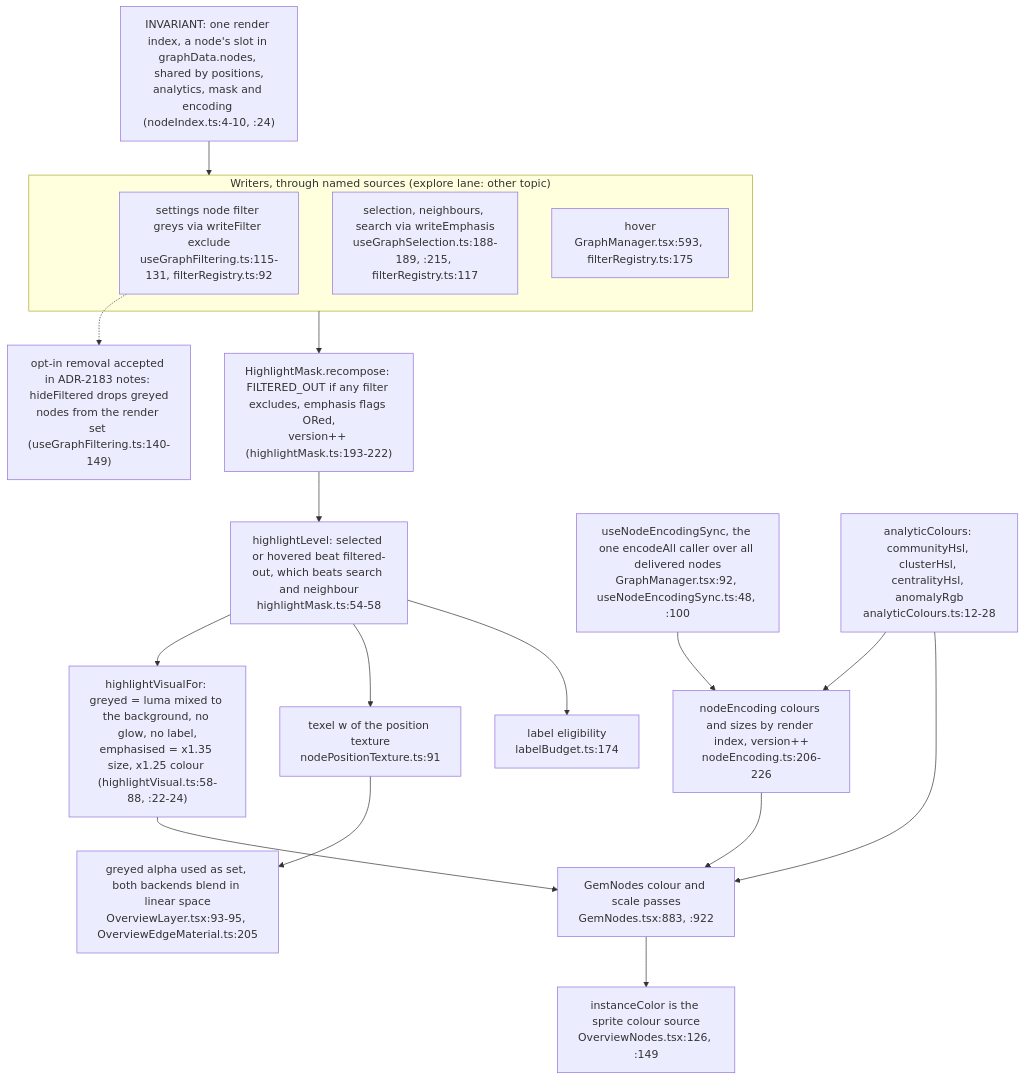
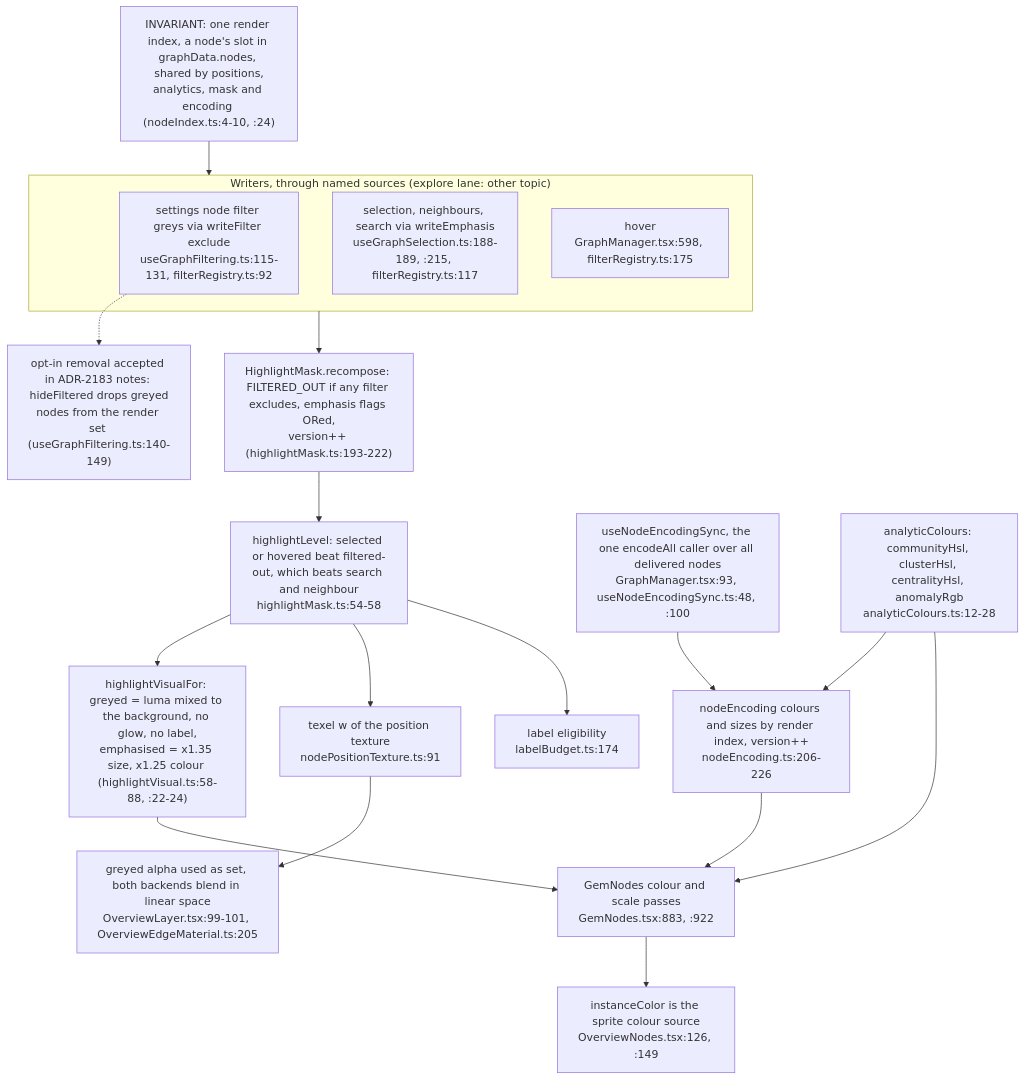
One commit to DreamLab-AI/VisionFlow changed diagram 13 of 15 in docs/diagrams/visionclaw/31-client-graph-render-pipeline.md. Above: the diagram before and after it, drawn with Mermaid. The commit also changed other lines of this file and 7 other files, not shown here.

First line of the commit message:
diagrams(visionclaw): re-verify VC-25..28 and VC-30..33 at visionclaw 4900ec60b, agentbox 59b1aca1c

````diff
--- a/docs/diagrams/visionclaw/31-client-graph-render-pipeline.md
+++ b/docs/diagrams/visionclaw/31-client-graph-render-pipeline.md
@@ -716,23 +716,23 @@
 ```mermaid
 flowchart TB
     IDX["INVARIANT: one render index, a node's slot in graphData.nodes, shared by positions,<br/>analytics, mask and encoding (nodeIndex.ts:4-10, :24)"]
     subgraph W["Writers, through named sources (explore lane: other topic)"]
         WF["settings node filter greys via writeFilter exclude<br/>useGraphFiltering.ts:115-131, filterRegistry.ts:92"]
         WS["selection, neighbours, search via writeEmphasis<br/>useGraphSelection.ts:188-189, :215, filterRegistry.ts:117"]
-        WH["hover<br/>GraphManager.tsx:593, filterRegistry.ts:175"]
+        WH["hover<br/>GraphManager.tsx:598, filterRegistry.ts:175"]
     end
     IDX --> W
     W --> REC["HighlightMask.recompose: FILTERED_OUT if any filter excludes, emphasis flags ORed,<br/>version++ (highlightMask.ts:193-222)"]
     REC --> LVL["highlightLevel: selected or hovered beat filtered-out, which beats search and neighbour<br/>highlightMask.ts:54-58"]
     LVL --> HV["highlightVisualFor: greyed = luma mixed to the background, no glow, no label,<br/>emphasised = x1.35 size, x1.25 colour (highlightVisual.ts:58-88, :22-24)"]
     HV --> GN["GemNodes colour and scale passes<br/>GemNodes.tsx:883, :922"]
     LVL --> TEXL["texel w of the position texture<br/>nodePositionTexture.ts:91"]
     LVL --> LBL["label eligibility<br/>labelBudget.ts:174"]
-    ENC["useNodeEncodingSync, the one encodeAll caller over all delivered nodes<br/>GraphManager.tsx:92, useNodeEncodingSync.ts:48, :100"] --> NE["nodeEncoding colours and sizes by render index, version++<br/>nodeEncoding.ts:206-226"]
+    ENC["useNodeEncodingSync, the one encodeAll caller over all delivered nodes<br/>GraphManager.tsx:93, useNodeEncodingSync.ts:48, :100"] --> NE["nodeEncoding colours and sizes by render index, version++<br/>nodeEncoding.ts:206-226"]
     AC["analyticColours: communityHsl, clusterHsl, centralityHsl, anomalyRgb<br/>analyticColours.ts:12-28"] --> NE
     AC --> GN
     NE --> GN
     GN --> SPR["instanceColor is the sprite colour source<br/>OverviewNodes.tsx:126, :149"]
-    TEXL --> LIN["greyed alpha used as set, both backends blend in linear space<br/>OverviewLayer.tsx:93-95, OverviewEdgeMaterial.ts:205"]
+    TEXL --> LIN["greyed alpha used as set, both backends blend in linear space<br/>OverviewLayer.tsx:99-101, OverviewEdgeMaterial.ts:205"]
     WF -.-> T1["opt-in removal accepted in ADR-2183 notes: hideFiltered drops greyed<br/>nodes from the render set (useGraphFiltering.ts:140-149)"]
 ```
````
